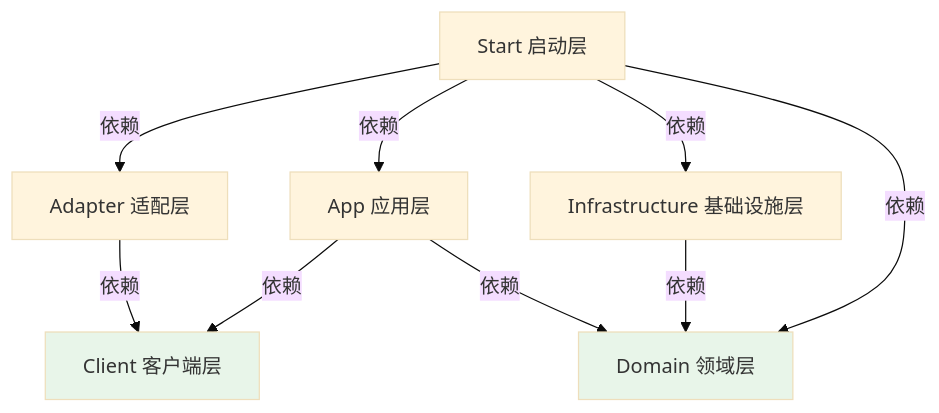
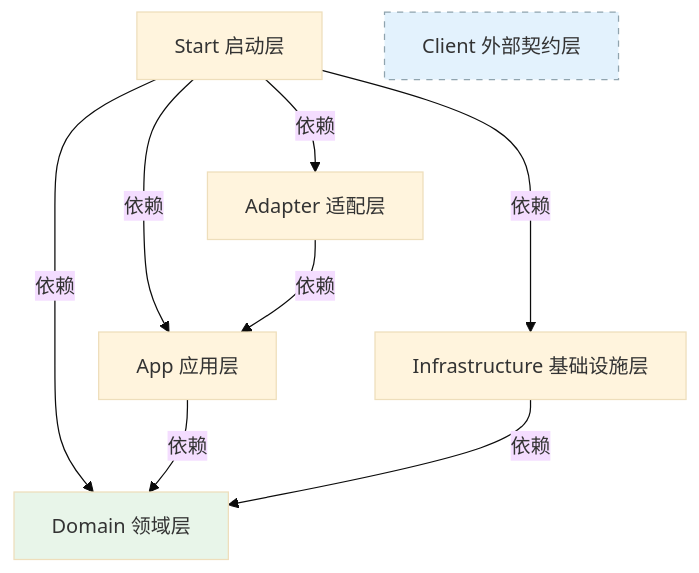
One commit to Yggdrasil-Labs/midgard-backend-template changed the first of 2 diagrams in README.md. Above: the diagram before and after it, drawn with Mermaid (base theme). The commit also changed other lines of this file, not shown here.

Commit message:
docs: 更新 README，调整各层职责和命名规范，明确 Client 层与 App 层的关系

````diff
--- a/README.md
+++ b/README.md
@@ -53,15 +53,15 @@
 ```mermaid
 flowchart TD
     Start[Start 启动层] -->|依赖| Adapter[Adapter 适配层]
     Start -->|依赖| App[App 应用层]
     Start -->|依赖| Infrastructure[Infrastructure 基础设施层]
     Start -->|依赖| Domain[Domain 领域层]
     
-    Adapter -->|依赖| Client[Client 客户端层]
-    App -->|依赖| Client
+    Adapter -->|依赖| App[App 应用层]
     App -->|依赖| Domain
     Infrastructure -->|依赖| Domain
-    
+    Client[Client 外部契约层]:::optional
+
+    classDef optional fill:#e3f2fd,stroke:#90a4ae,stroke-dasharray: 5 5;
     style Domain fill:#e8f5e9
-    style Client fill:#e8f5e9
 ```
````
